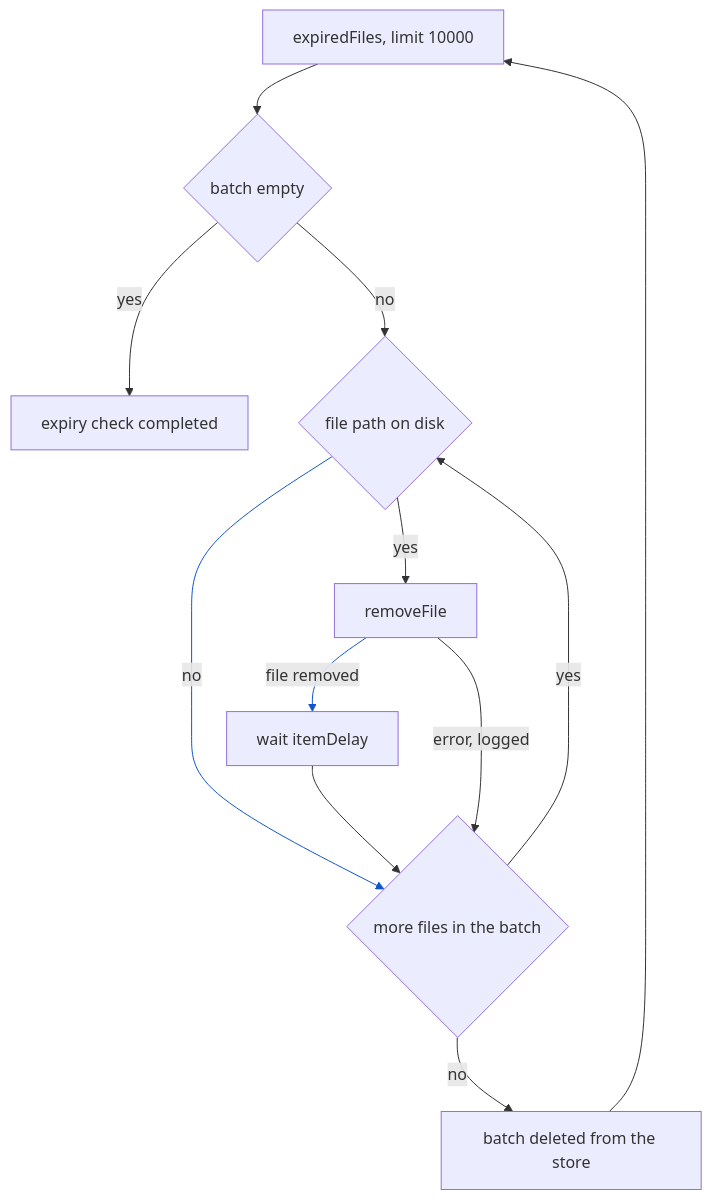
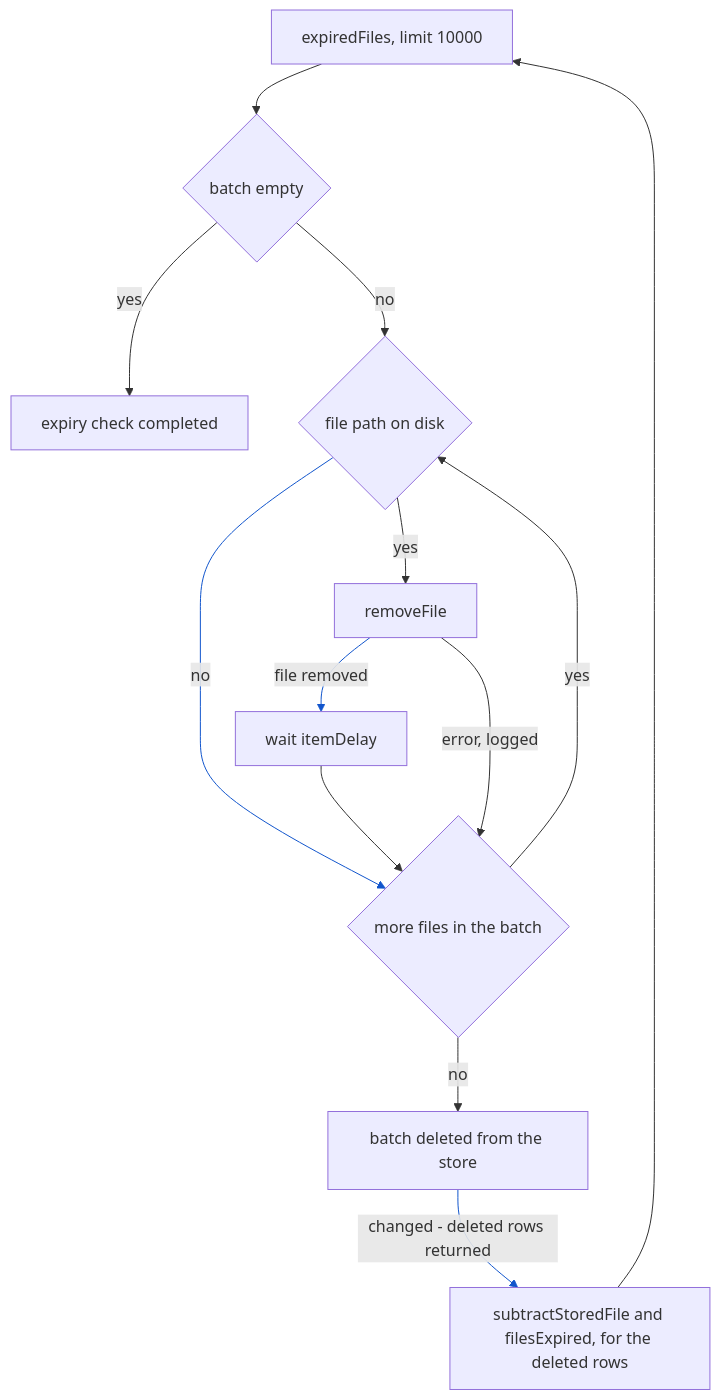
Before and after one commit to simplex-chat/simplexmq: the eighth of 12 diagrams in plans/2026-11-19-xftp-stalled-connections.md, drawn with Mermaid. The commit also changed other lines of this file, not shown here.

Commit message:
docs: plan the accounting of stored XFTP files

````diff
--- a/plans/2026-11-19-xftp-stalled-connections.md
+++ b/plans/2026-11-19-xftp-stalled-connections.md
@@ -391,23 +408,25 @@
 ```mermaid
 flowchart TD
     Q[expiredFiles, limit 10000]
     E{batch empty}
     DONE[expiry check completed]
     P{file path on disk}
     R[removeFile]
     W[wait itemDelay]
     N{more files in the batch}
     D[batch deleted from the store]
+    A[subtractStoredFile and filesExpired, for the deleted rows]
     Q --> E
     E -- "yes" --> DONE
     E -- "no" --> P
     P -- "yes" --> R
     R -- "file removed" --> W
     P -- "no" --> N
     W --> N
     R -- "error, logged" --> N
     N -- "yes" --> P
     N -- "no" --> D
-    D --> Q
-    linkStyle 4,5 stroke:#1155cc
+    D -- "changed - deleted rows returned" --> A
+    A --> Q
+    linkStyle 4,5,10 stroke:#1155cc
 ```
````
